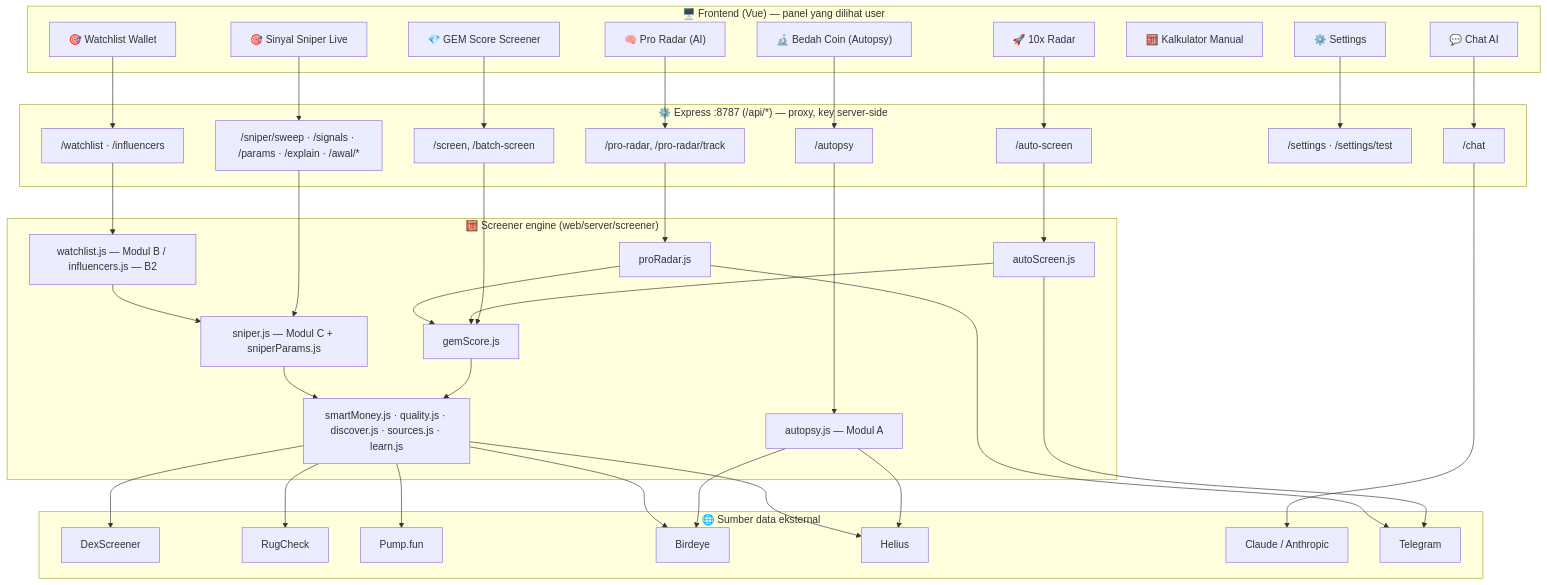
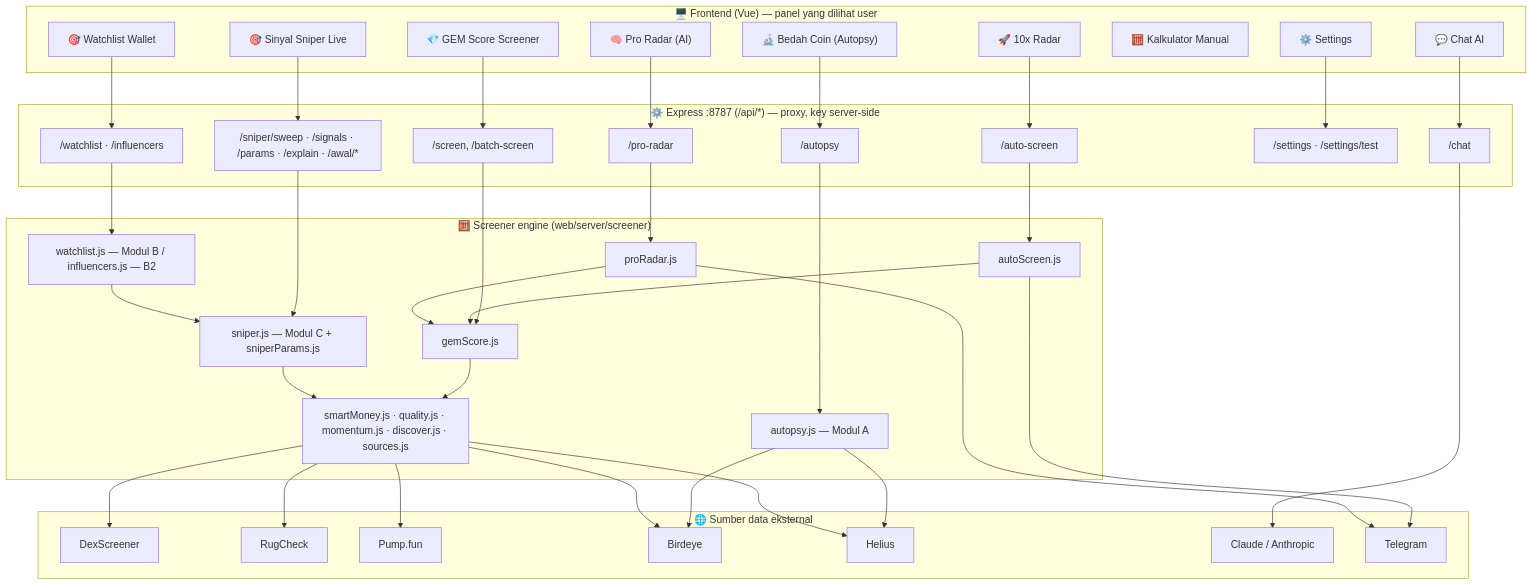
One commit to MohammadWildanAzamZami/Crypto-Sniper changed the first of 6 diagrams in docs/PETA-TOOL.md. Above: the diagram before and after it, drawn with Mermaid. The commit also changed other lines of this file and 1 other file, not shown here.

Commit message:
docs: selaraskan PETA-TOOL & PRO-RADAR dengan fokus trending (self-tuning dihapus)

````diff
--- a/docs/PETA-TOOL.md
+++ b/docs/PETA-TOOL.md
@@ -11,63 +11,63 @@
 ```mermaid
 flowchart TB
   subgraph UI["🖥️ Frontend (Vue) — panel yang dilihat user"]
     P1["💎 GEM Score Screener"]
     P2["🚀 10x Radar"]
     P3["🧠 Pro Radar (AI)"]
     P4["🔬 Bedah Coin (Autopsy)"]
     P5["🎯 Watchlist Wallet"]
     P6["🎯 Sinyal Sniper Live"]
     P7["🧮 Kalkulator Manual"]
     P8["⚙️ Settings"]
     P9["💬 Chat AI"]
   end
 
   subgraph API["⚙️ Express :8787 (/api/*) — proxy, key server-side"]
     R1["/screen, /batch-screen"]
     R2["/auto-screen"]
-    R3["/pro-radar, /pro-radar/track"]
+    R3["/pro-radar"]
     R4["/autopsy"]
     R5["/watchlist · /influencers"]
     R6["/sniper/sweep · /signals · /params · /explain · /awal/*"]
     R7["/settings · /settings/test"]
     R8["/chat"]
   end
 
   subgraph ENGINE["🧮 Screener engine (web/server/screener)"]
     E1["gemScore.js"]
     E2["autoScreen.js"]
     E3["proRadar.js"]
     E4["autopsy.js — Modul A"]
     E5["watchlist.js — Modul B / influencers.js — B2"]
     E6["sniper.js — Modul C + sniperParams.js"]
-    E7["smartMoney.js · quality.js · discover.js · sources.js · learn.js"]
+    E7["smartMoney.js · quality.js · momentum.js · discover.js · sources.js"]
   end
 
   subgraph EXT["🌐 Sumber data eksternal"]
     D1["DexScreener"]
     D2["RugCheck"]
     D3["Pump.fun"]
     D4["Birdeye"]
     D5["Helius"]
     D6["Claude / Anthropic"]
     D7["Telegram"]
   end
 
   P1 --> R1 --> E1
   P2 --> R2 --> E2
   P3 --> R3 --> E3
   P4 --> R4 --> E4
   P5 --> R5 --> E5
   P6 --> R6 --> E6
   P8 --> R7
   P9 --> R8 --> D6
 
   E1 --> E7
   E2 --> E1
   E3 --> E1
   E2 & E3 --> D7
   E4 --> D4 & D5
   E5 --> E6
   E6 --> E7
   E7 --> D1 & D2 & D3 & D4 & D5
 ```
````
